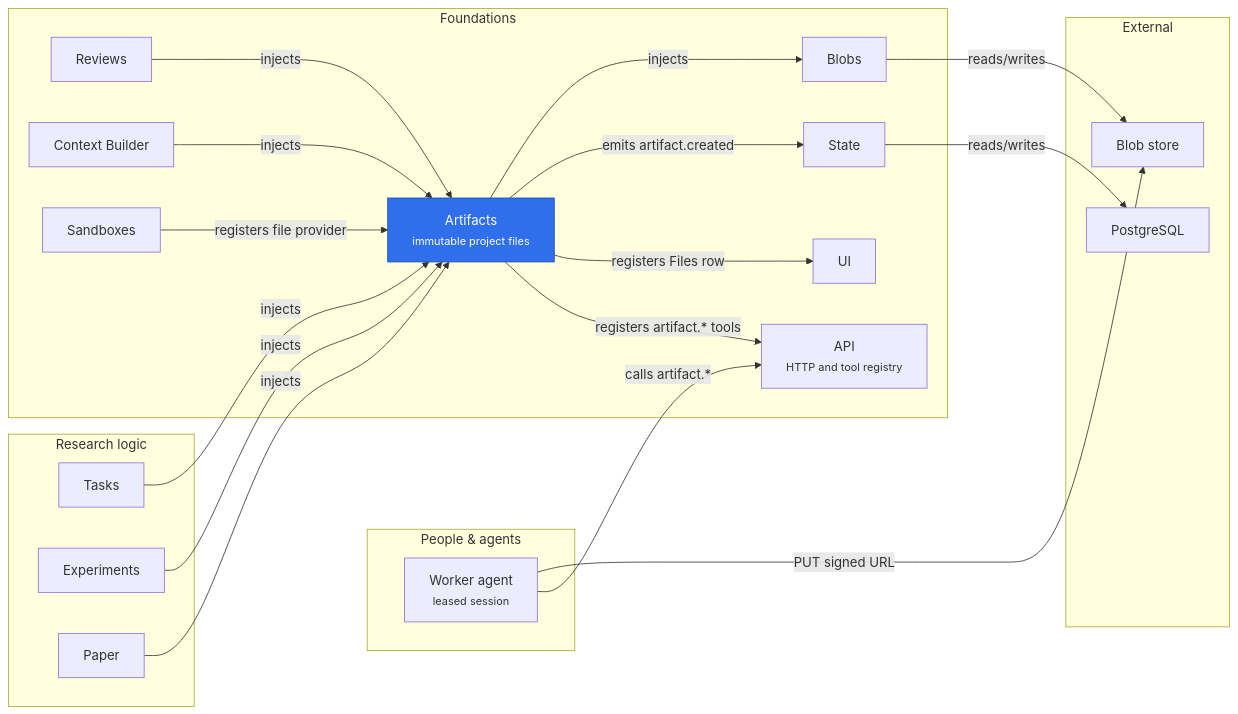
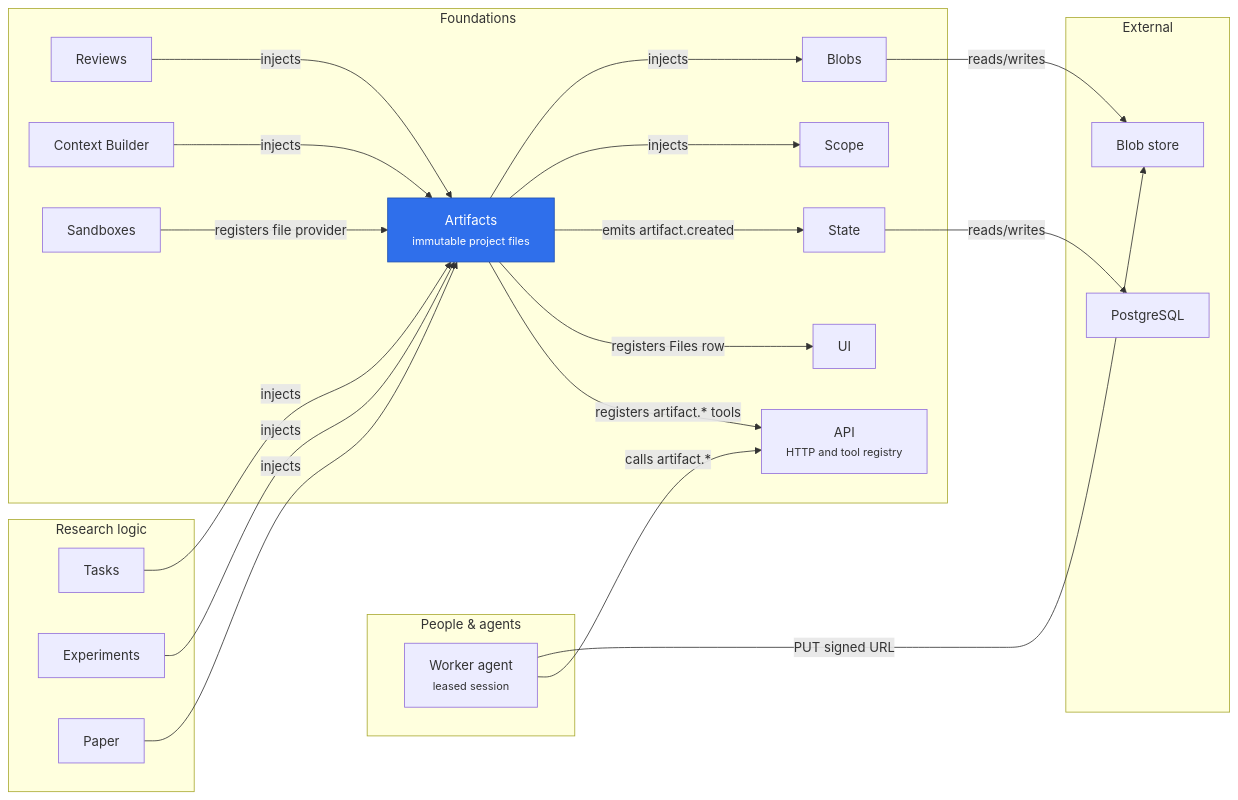
Before and after one commit to rapidreview-io/Merv: the diagram in merv-typescript/packages/artifacts/README.md, drawn with Mermaid. The commit also changed 6 other files, not shown here.

First line of the commit message:
Draw the Scope injection and the Fleet and Sandboxes UI adapters in their diagrams

````diff
--- a/merv-typescript/packages/artifacts/README.md
+++ b/merv-typescript/packages/artifacts/README.md
@@ -7,41 +7,43 @@
 ```mermaid
 flowchart LR
   subgraph people["People & agents"]
     worker["Worker agent<br/><small>leased session</small>"]
   end
   subgraph research["Research logic"]
     tasks[Tasks]
     experiments[Experiments]
     paper[Paper]
   end
   subgraph foundations["Foundations"]
     artifacts["Artifacts<br/><small>immutable project files</small>"]
     reviews[Reviews]
     contextBuilder[Context Builder]
     sandboxes[Sandboxes]
     api["API<br/><small>HTTP and tool registry</small>"]
     ui[UI]
+    scope[Scope]
     state[State]
     blobs[Blobs]
   end
   subgraph external["External"]
     postgres[PostgreSQL]
     blobStore[Blob store]
   end
   worker -- "calls artifact.*" --> api
   worker -- "PUT signed URL" --> blobStore
   tasks -- "injects" --> artifacts
   experiments -- "injects" --> artifacts
   paper -- "injects" --> artifacts
   reviews -- "injects" --> artifacts
   contextBuilder -- "injects" --> artifacts
   sandboxes -- "registers file provider" --> artifacts
   artifacts -- "registers artifact.* tools" --> api
   artifacts -- "registers Files row" --> ui
   artifacts -- "emits artifact.created" --> state
+  artifacts -- "injects" --> scope
   artifacts -- "injects" --> blobs
   state -- "reads/writes" --> postgres
   blobs -- "reads/writes" --> blobStore
   classDef self fill:#2f6feb,color:#fff,stroke:#1f4fb0
   class artifacts self
 ```
````
